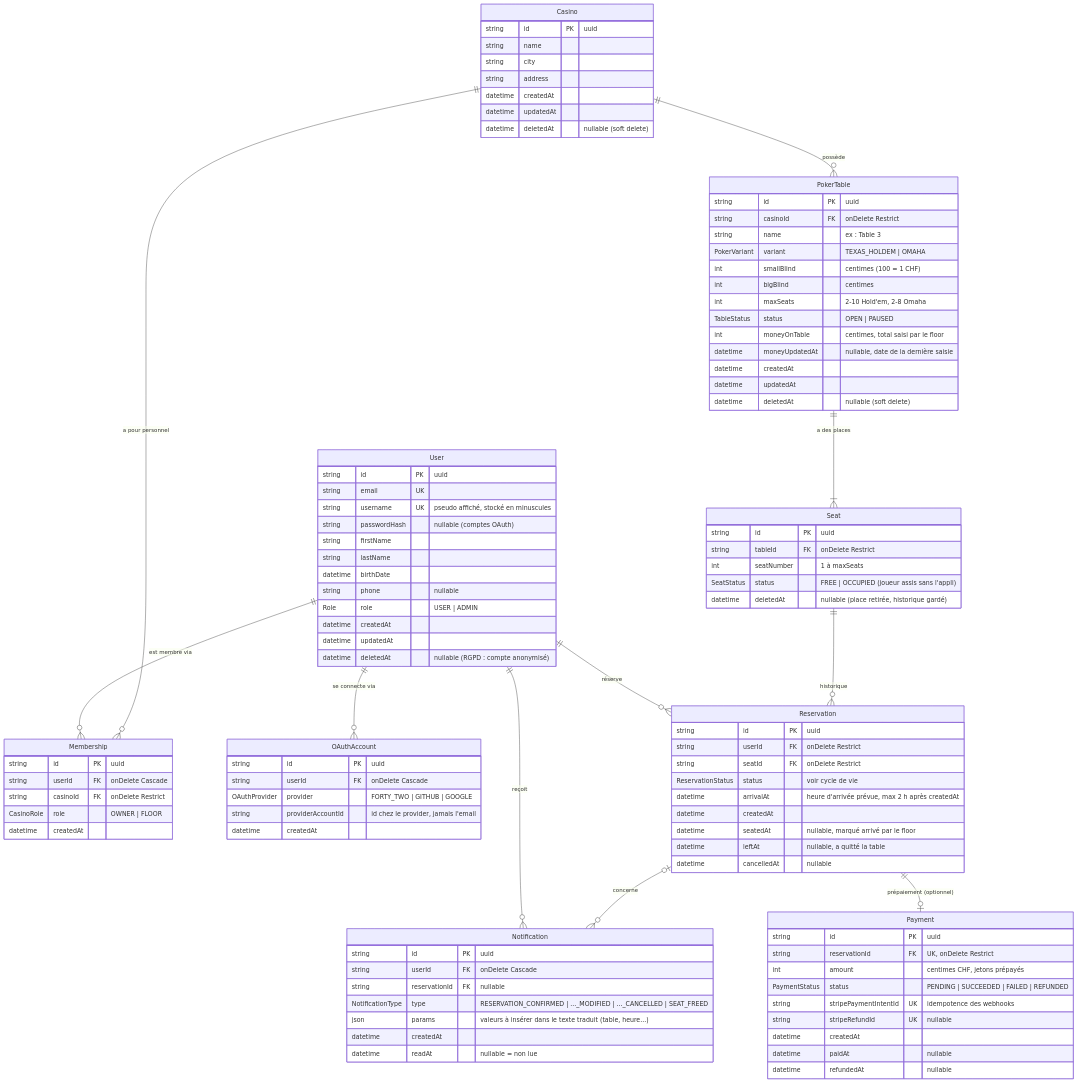
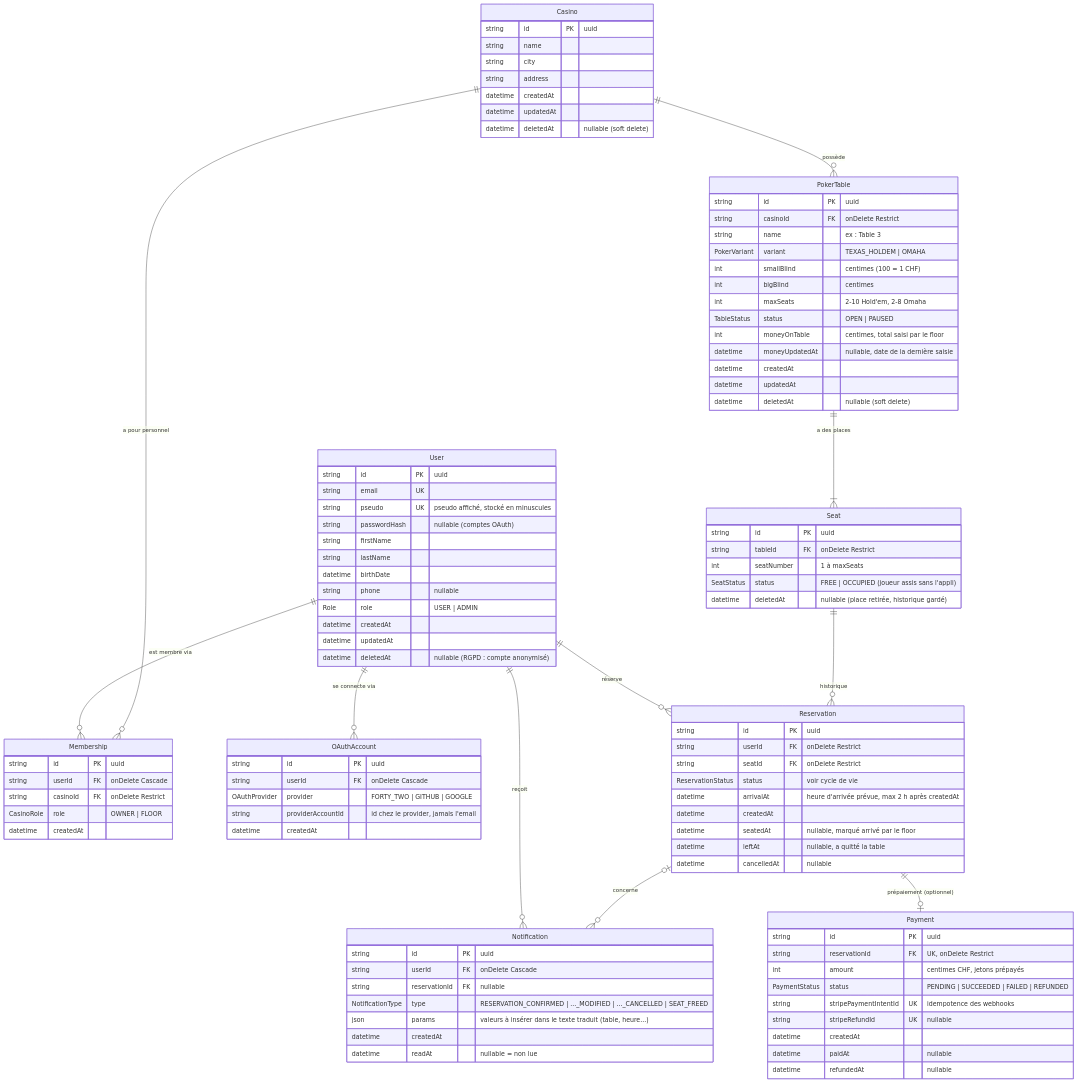
One commit to Les-razmokets/42-transcendence changed the first of 2 diagrams in docs/db-schema.md. Above: the diagram before and after it, drawn with Mermaid. The commit also changed other lines of this file and 3 other files, not shown here.

```diff
--- a/docs/db-schema.md
+++ b/docs/db-schema.md
@@ -21,7 +21,7 @@
     User {
         string id PK "uuid"
         string email UK
-        string username UK "pseudo affiché, stocké en minuscules"
+        string pseudo UK "pseudo affiché, stocké en minuscules"
         string passwordHash "nullable (comptes OAuth)"
         string firstName
         string lastName
```
